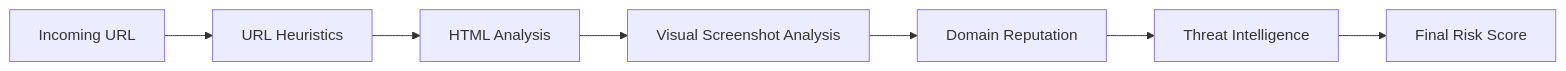
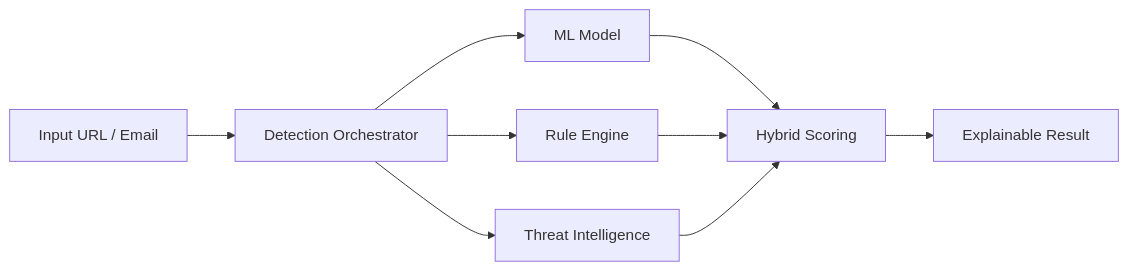
The first of 4 diagrams in README.md (rishabh-tya6i/Argus), drawn with Mermaid before and after one commit. The commit also changed other lines of this file, not shown here.

````diff
--- a/README.md
+++ b/README.md
@@ -114,9 +33,11 @@
 ```mermaid
 flowchart LR
-A[Incoming URL] --> B[URL Heuristics]
-B --> C[HTML Analysis]
-C --> D[Visual Screenshot Analysis]
-D --> E[Domain Reputation]
-E --> F[Threat Intelligence]
-F --> G[Final Risk Score]
+A[Input URL / Email] --> B[Detection Orchestrator]
+B --> C[ML Model]
+B --> D[Rule Engine]
+B --> E[Threat Intelligence]
+C --> F[Hybrid Scoring]
+D --> F
+E --> F
+F --> G[Explainable Result]
 ```
````
